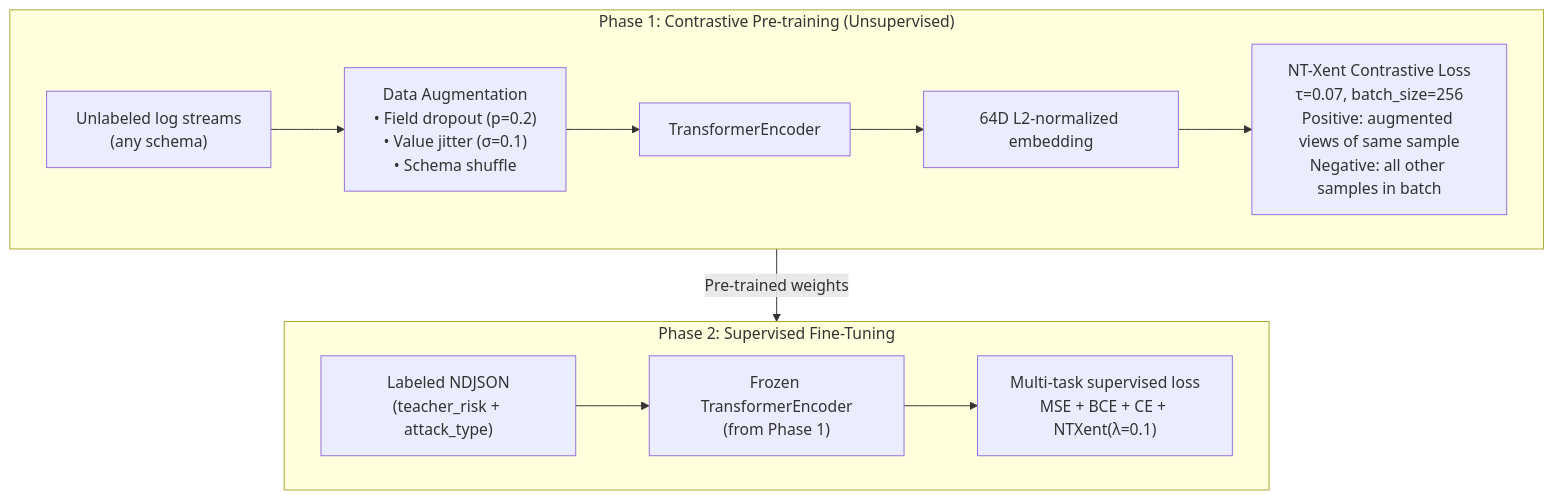
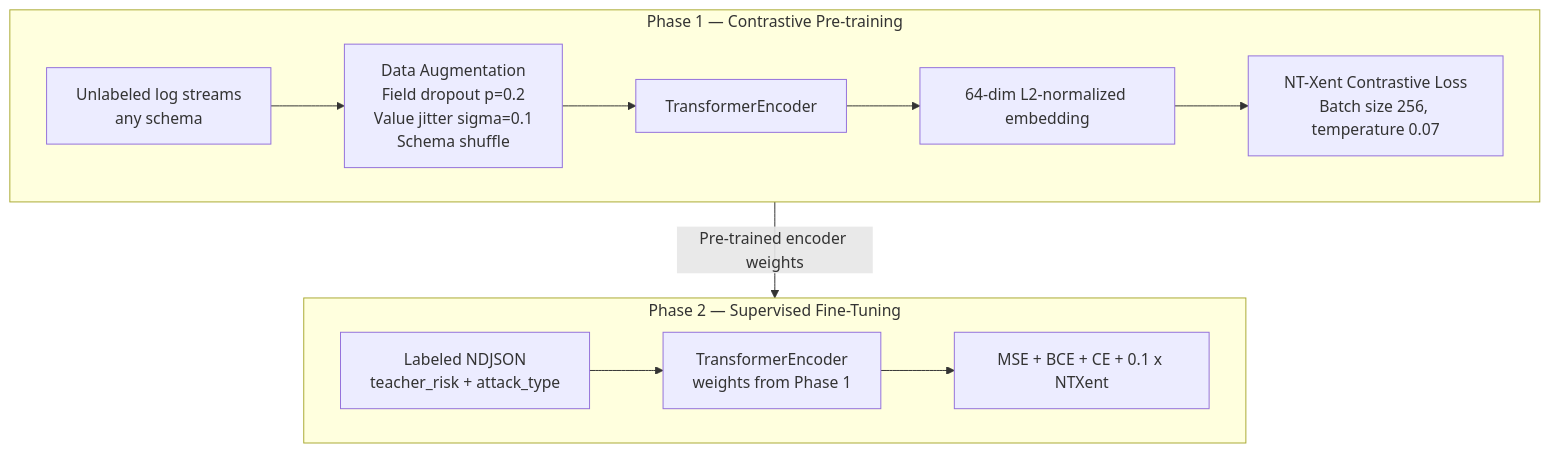
Before and after one commit to didi-09/AI_DRIVEN_SOAR: the sixth of 15 diagrams in README.md, drawn with Mermaid. The commit also changed other lines of this file, not shown here.

````diff
--- a/README.md
+++ b/README.md
@@ -185,18 +184,18 @@
 ```mermaid
 flowchart TD
-    subgraph P1["Phase 1: Contrastive Pre-training (Unsupervised)"]
-        DATA1["Unlabeled log streams\n(any schema)"]
-        DATA1 --> AUG["Data Augmentation\n• Field dropout (p=0.2)\n• Value jitter (σ=0.1)\n• Schema shuffle"]
-        AUG --> ENC["TransformerEncoder"]
-        ENC --> EMB["64D L2-normalized embedding"]
-        EMB --> NTX["NT-Xent Contrastive Loss\nτ=0.07, batch_size=256\nPositive: augmented views of same sample\nNegative: all other samples in batch"]
+    subgraph P1["Phase 1 — Contrastive Pre-training"]
+        DATA1["Unlabeled log streams<br/>any schema"]
+        DATA1 --> AUG["Data Augmentation<br/>Field dropout p=0.2<br/>Value jitter sigma=0.1<br/>Schema shuffle"]
+        AUG --> ENC1["TransformerEncoder"]
+        ENC1 --> EMB["64-dim L2-normalized embedding"]
+        EMB --> NTX["NT-Xent Contrastive Loss<br/>Batch size 256, temperature 0.07"]
     end
 
-    subgraph P2["Phase 2: Supervised Fine-Tuning"]
-        DATA2["Labeled NDJSON\n(teacher_risk + attack_type)"]
-        DATA2 --> FRZ["Frozen TransformerEncoder\n(from Phase 1)"]
-        FRZ --> SUPV["Multi-task supervised loss\nMSE + BCE + CE + NTXent(λ=0.1)"]
+    subgraph P2["Phase 2 — Supervised Fine-Tuning"]
+        DATA2["Labeled NDJSON<br/>teacher_risk + attack_type"]
+        DATA2 --> FRZ["TransformerEncoder<br/>weights from Phase 1"]
+        FRZ --> SUPV["MSE + BCE + CE + 0.1 x NTXent"]
     end
 
-    P1 -->|"Pre-trained weights"| P2
+    P1 -->|"Pre-trained encoder weights"| P2
 ```
````
